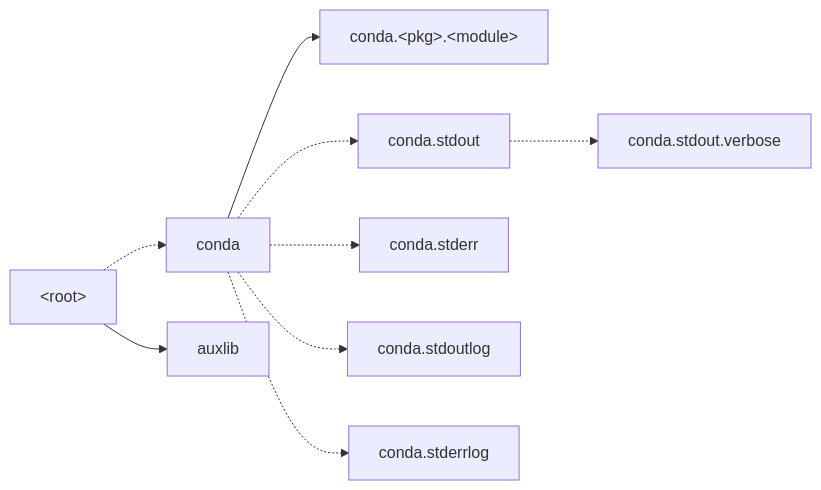
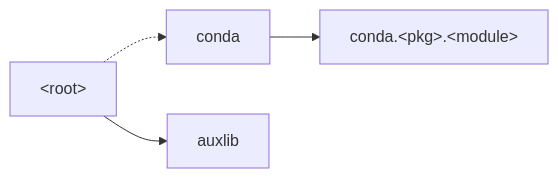
Before and after one commit to conda/conda: the diagram in docs/source/dev-guide/deep-dives/logging.md, drawn with Mermaid. The commit also changed other lines of this file and 15 other files, not shown here.

First line of the commit message:
Remove `conda.stdout`/`conda.stderr` loggers (#15876)

````diff
--- a/docs/source/dev-guide/deep-dives/logging.md
+++ b/docs/source/dev-guide/deep-dives/logging.md
@@ -16,12 +14,8 @@
 ```{mermaid}
 :caption: The conda logger hierarchy. Dotted lines represent relations with `propagate = False`.
 
 flowchart LR
     root["&lt;root&gt;"] -.-> conda
     conda --> modules["conda.&lt;pkg&gt;.&lt;module&gt;"]
-    conda -.-> conda.stdout -.-> conda.stdout.verbose
-    conda -.-> conda.stderr
-    conda -.-> conda.stdoutlog
-    conda -.-> conda.stderrlog
     root --> auxlib
 ```
````
